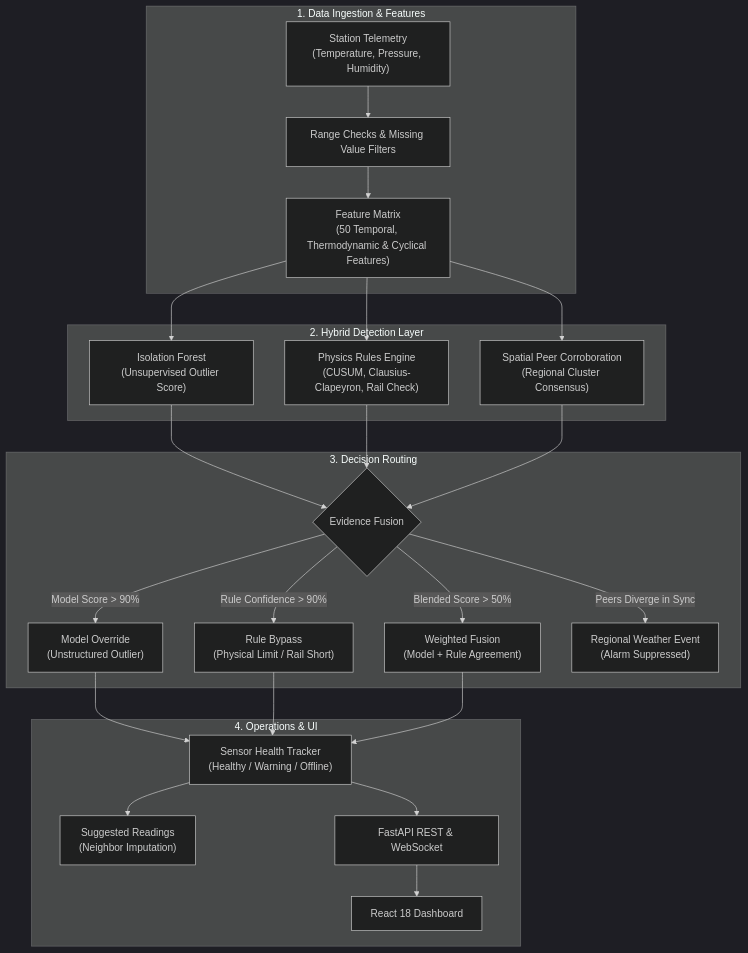
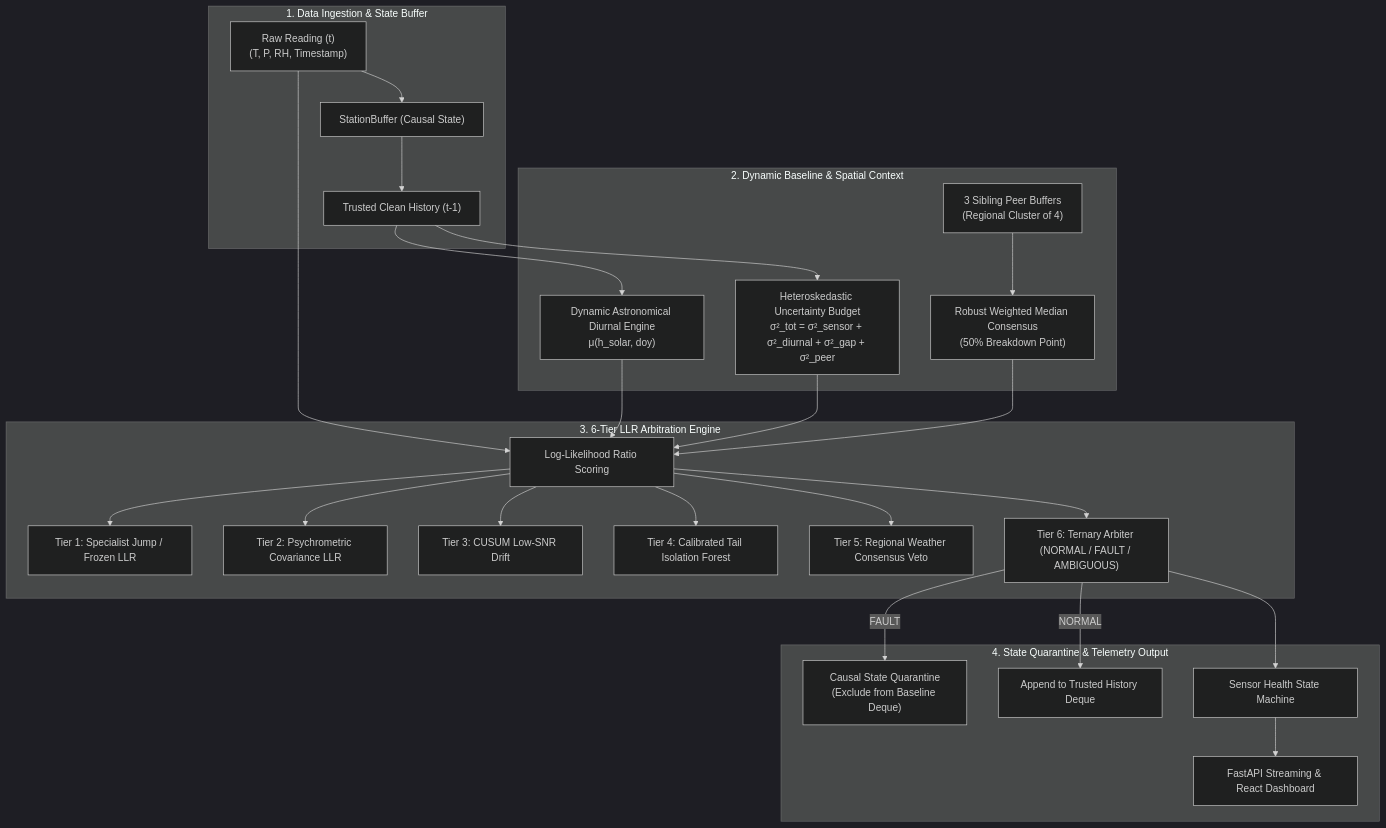
One commit to inf-pranjal-01/HELL-TO-SKY changed the first of 2 diagrams in README.md. Above: the diagram before and after it, drawn with Mermaid (dark theme). The commit also changed other lines of this file, not shown here.

Commit message:
docs: update README with Path 2 architecture and authoritative 7-seed benchmark results

````diff
--- a/README.md
+++ b/README.md
@@ -77,32 +81,34 @@
 ```mermaid
 flowchart TD
-    subgraph Ingestion ["1. Data Ingestion & Features"]
-        RAW["Station Telemetry<br/>(Temperature, Pressure, Humidity)"] --> QC["Range Checks & Missing Value Filters"]
-        QC --> FEAT["Feature Matrix<br/>(50 Temporal, Thermodynamic & Cyclical Features)"]
+    subgraph Ingestion ["1. Data Ingestion & State Buffer"]
+        RAW["Raw Reading (t)<br/>(T, P, RH, Timestamp)"] --> BUF["StationBuffer (Causal State)"]
+        BUF --> HIST["Trusted Clean History (t-1)"]
     end
 
-    subgraph Detection ["2. Hybrid Detection Layer"]
-        FEAT --> IF["Isolation Forest<br/>(Unsupervised Outlier Score)"]
-        FEAT --> RULES["Physics Rules Engine<br/>(CUSUM, Clausius-Clapeyron, Rail Check)"]
-        FEAT --> SPATIAL["Spatial Peer Corroboration<br/>(Regional Cluster Consensus)"]
+    subgraph DynamicContext ["2. Dynamic Baseline & Spatial Context"]
+        HIST --> DE["Dynamic Astronomical Diurnal Engine<br/>μ(h_solar, doy)"]
+        HIST --> UB["Heteroskedastic Uncertainty Budget<br/>σ²_tot = σ²_sensor + σ²_diurnal + σ²_gap + σ²_peer"]
+        SIBLINGS["3 Sibling Peer Buffers<br/>(Regional Cluster of 4)"] --> PEER["Robust Weighted Median Consensus<br/>(50% Breakdown Point)"]
     end
 
-    subgraph Fusion ["3. Decision Routing"]
-        IF --> FUSE{"Evidence Fusion"}
-        RULES --> FUSE
-        SPATIAL --> FUSE
-        FUSE -->|Model Score > 90%| MO["Model Override<br/>(Unstructured Outlier)"]
-        FUSE -->|Rule Confidence > 90%| RB["Rule Bypass<br/>(Physical Limit / Rail Short)"]
-        FUSE -->|Blended Score > 50%| WF["Weighted Fusion<br/>(Model + Rule Agreement)"]
-        FUSE -->|Peers Diverge in Sync| REG["Regional Weather Event<br/>(Alarm Suppressed)"]
+    subgraph DecisionLayer ["3. 6-Tier LLR Arbitration Engine"]
+        RAW --> LLR["Log-Likelihood Ratio Scoring"]
+        DE --> LLR
+        UB --> LLR
+        PEER --> LLR
+        
+        LLR --> T1["Tier 1: Specialist Jump / Frozen LLR"]
+        LLR --> T2["Tier 2: Psychrometric Covariance LLR"]
+        LLR --> T3["Tier 3: CUSUM Low-SNR Drift"]
+        LLR --> T4["Tier 4: Calibrated Tail Isolation Forest"]
+        LLR --> T5["Tier 5: Regional Weather Consensus Veto"]
+        LLR --> T6["Tier 6: Ternary Arbiter (NORMAL / FAULT / AMBIGUOUS)"]
     end
 
-    subgraph Output ["4. Operations & UI"]
-        MO --> HEALTH["Sensor Health Tracker<br/>(Healthy / Warning / Offline)"]
-        RB --> HEALTH
-        WF --> HEALTH
-        HEALTH --> IMP["Suggested Readings<br/>(Neighbor Imputation)"]
-        HEALTH --> API["FastAPI REST & WebSocket"]
-        API --> UI["React 18 Dashboard"]
+    subgraph Operations ["4. State Quarantine & Telemetry Output"]
+        T6 -->|FAULT| QUAR["Causal State Quarantine<br/>(Exclude from Baseline Deque)"]
+        T6 -->|NORMAL| STORE["Append to Trusted History Deque"]
+        T6 --> SMR["Sensor Health State Machine"]
+        SMR --> WS["FastAPI Streaming & React Dashboard"]
     end
 ```
````
